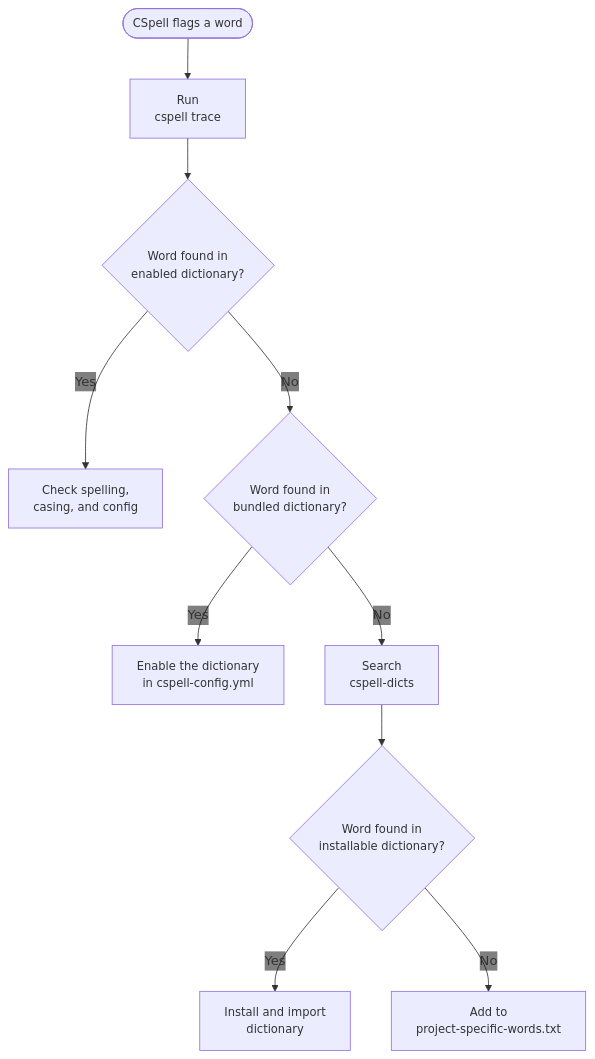
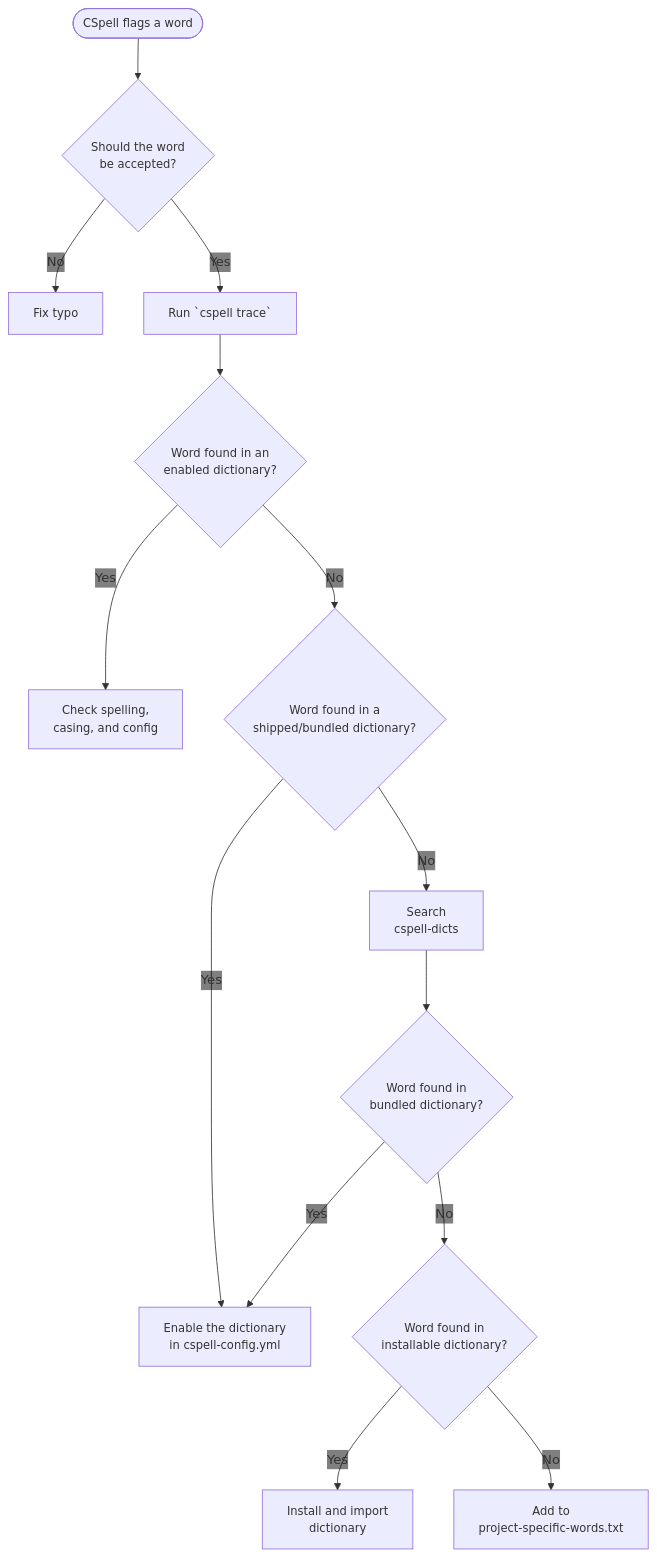
The diagram in .config/cspell/README.md (ScilifelabDataCentre/data-centre-template), drawn with Mermaid before and after one commit.

Commit message:
longer flow chart

````diff
--- a/.config/cspell/README.md
+++ b/.config/cspell/README.md
@@ -75,23 +75,29 @@
 ```mermaid
 ---
 config:
   themeVariables:
     edgeLabelBackground: transparent
 ---
 flowchart TD
-    A([CSpell flags a word]) --> B[Run </br> cspell trace]
-    B --> C{Word found in </br> enabled dictionary?}
+    A([CSpell flags a word]) --> B{Should the word </br> be accepted?}
 
-    C -->|Yes| D[Check spelling, </br> casing, and config]
-    C -->|No| E{Word found in </br> bundled dictionary?}
+    B -->|No| C[Fix typo]
+    B -->|Yes| D[Run `cspell trace`]
 
-    E -->|Yes| F[Enable the dictionary </br> in cspell-config.yml]
-    E -->|No| G[Search </br> cspell-dicts]
+    D --> E{Word found in an </br> enabled dictionary?}
+    E -->|Yes| F[Check spelling, </br> casing, and config]
+    E -->|No| G{Word found in a </br> shipped/bundled dictionary?}
 
-    G --> H{Word found in </br> installable dictionary?}
-    H -->|Yes| I[Install and import </br> dictionary]
-    H -->|No| J[Add to </br> project-specific-words.txt]
+    G -->|Yes| H[Enable the dictionary </br> in cspell-config.yml]
+    G -->|No| I[Search </br> cspell-dicts]
+
+    I --> J{Word found in </br> bundled dictionary?}
+    J -->|Yes| H
+    J -->|No| K{Word found in </br> installable dictionary?}
+
+    K -->|Yes| L[Install and import </br> dictionary]
+    K -->|No| M[Add to </br> project-specific-words.txt]
 
     classDef compact font-size:14px;
-    class A,B,C,D,E,F,G,H,I,J compact;
+    class A,B,C,D,E,F,G,H,I,J,K,L,M compact;
 ```
````
